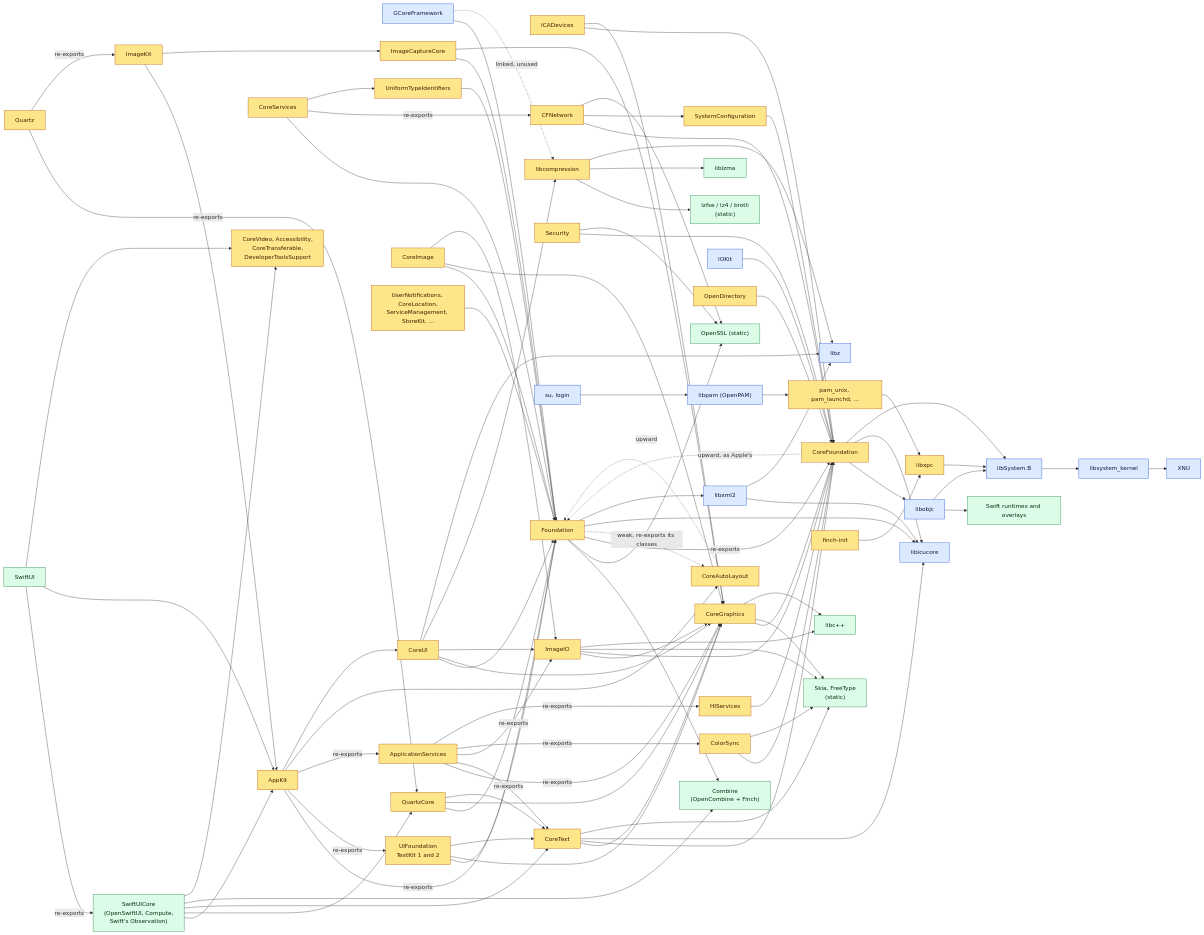
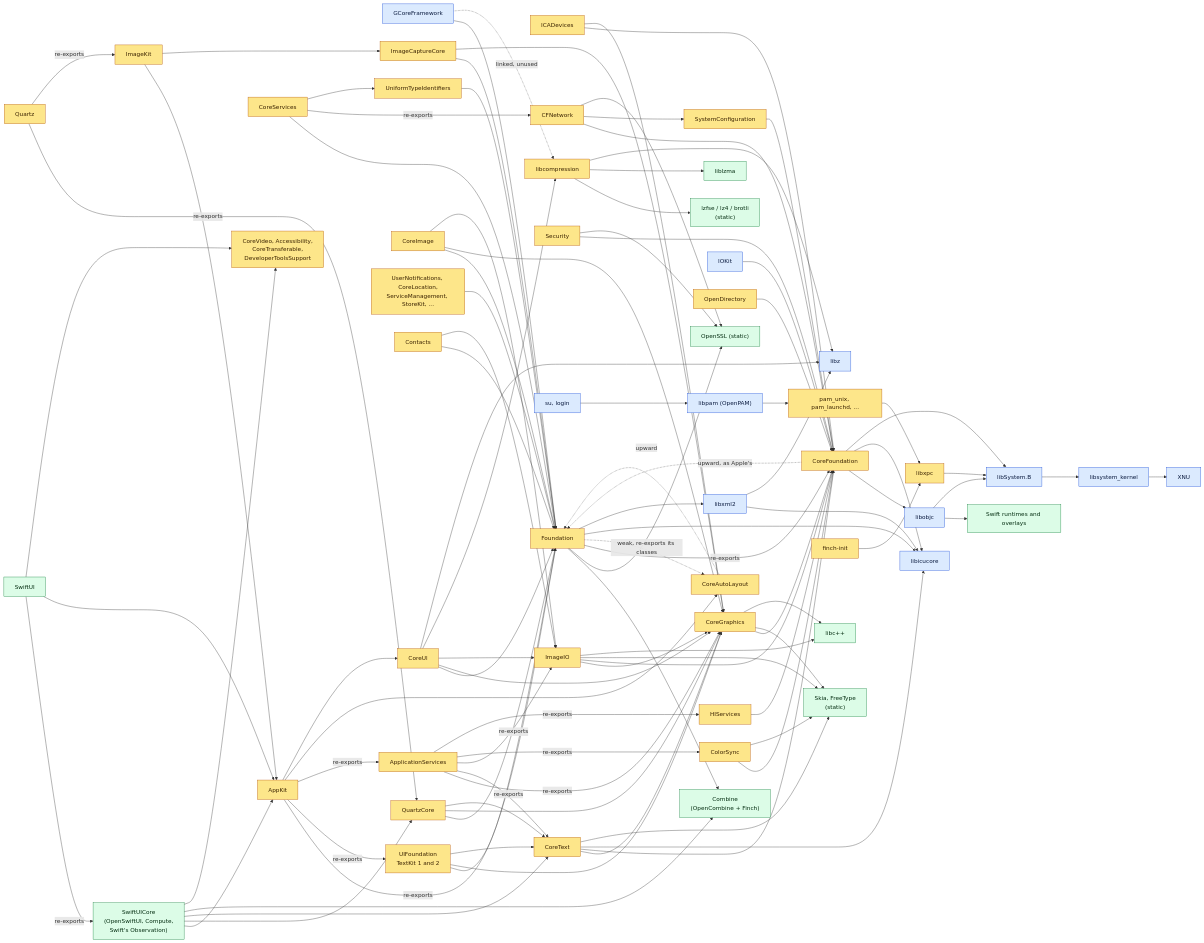
Before and after one commit to XSLabs/finch: the second of 2 diagrams in docs/STACK.md, drawn with Mermaid. The commit also changed other lines of this file and 26 other files, not shown here.

```diff
--- a/docs/STACK.md
+++ b/docs/STACK.md
@@ -241,6 +241,7 @@
     imageio["ImageIO"]:::finch
     coreimagefw["CoreImage"]:::finch
     servicesfw["UserNotifications, CoreLocation,<br/>ServiceManagement, StoreKit, ..."]:::finch
+    contactsfw["Contacts"]:::finch
     colorsync["ColorSync"]:::finch
     hiservices["HIServices"]:::finch
     coreui["CoreUI"]:::finch
@@ -299,6 +300,8 @@
     coreservices --> ffound
     coreservices -->|"re-exports"| cfnetwork
     servicesfw --> ffound
+    contactsfw --> ffound
+    contactsfw --> imageio
     coreimagefw --> ffound
     coreimagefw --> cgfw
     coreimagefw --> imageio
```
